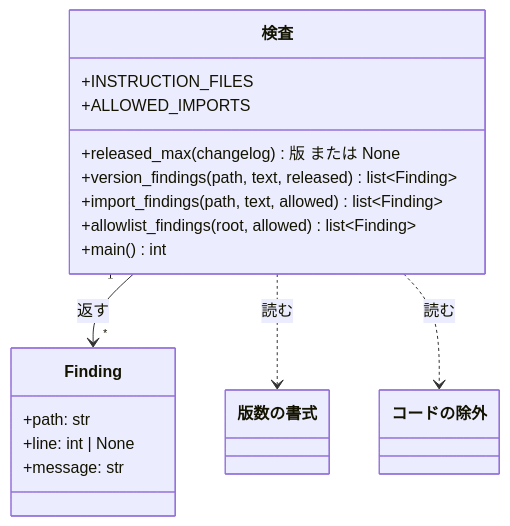
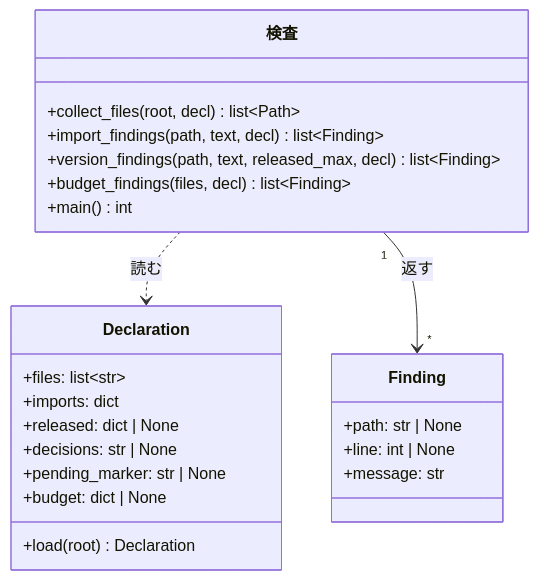
One commit to devbasex/ai-plugins changed the fourth of 5 diagrams in issues/issue-554-design.md. Above: the diagram before and after it, drawn with Mermaid. The commit also changed other lines of this file and 1 other file, not shown here.

````diff
--- a/issues/issue-554-design.md
+++ b/issues/issue-554-design.md
@@ -128,20 +131,26 @@
 ```mermaid
 classDiagram
     class Finding {
-        +path: str
+        +path: str | None
         +line: int | None
         +message: str
     }
+    class Declaration {
+        +files: list~str~
+        +imports: dict
+        +released: dict | None
+        +decisions: str | None
+        +pending_marker: str | None
+        +budget: dict | None
+        +load(root) Declaration
+    }
     class 検査 {
-        +INSTRUCTION_FILES
-        +ALLOWED_IMPORTS
-        +released_max(changelog) 版 または None
-        +version_findings(path, text, released) list~Finding~
-        +import_findings(path, text, allowed) list~Finding~
-        +allowlist_findings(root, allowed) list~Finding~
+        +collect_files(root, decl) list~Path~
+        +import_findings(path, text, decl) list~Finding~
+        +version_findings(path, text, released_max, decl) list~Finding~
+        +budget_findings(files, decl) list~Finding~
         +main() int
     }
+    検査 ..> Declaration: 読む
     検査 "1" --> "*" Finding: 返す
-    検査 ..> 版数の書式: 読む
-    検査 ..> コードの除外: 読む
 ```
````
